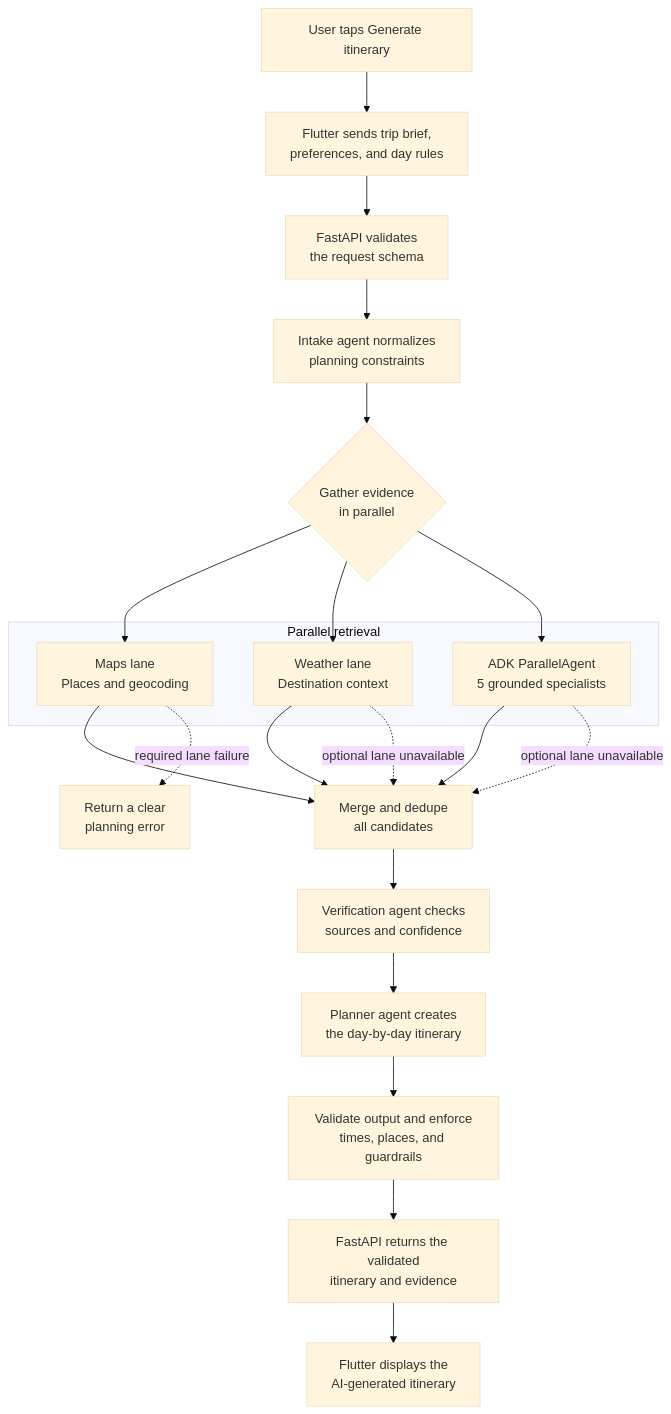
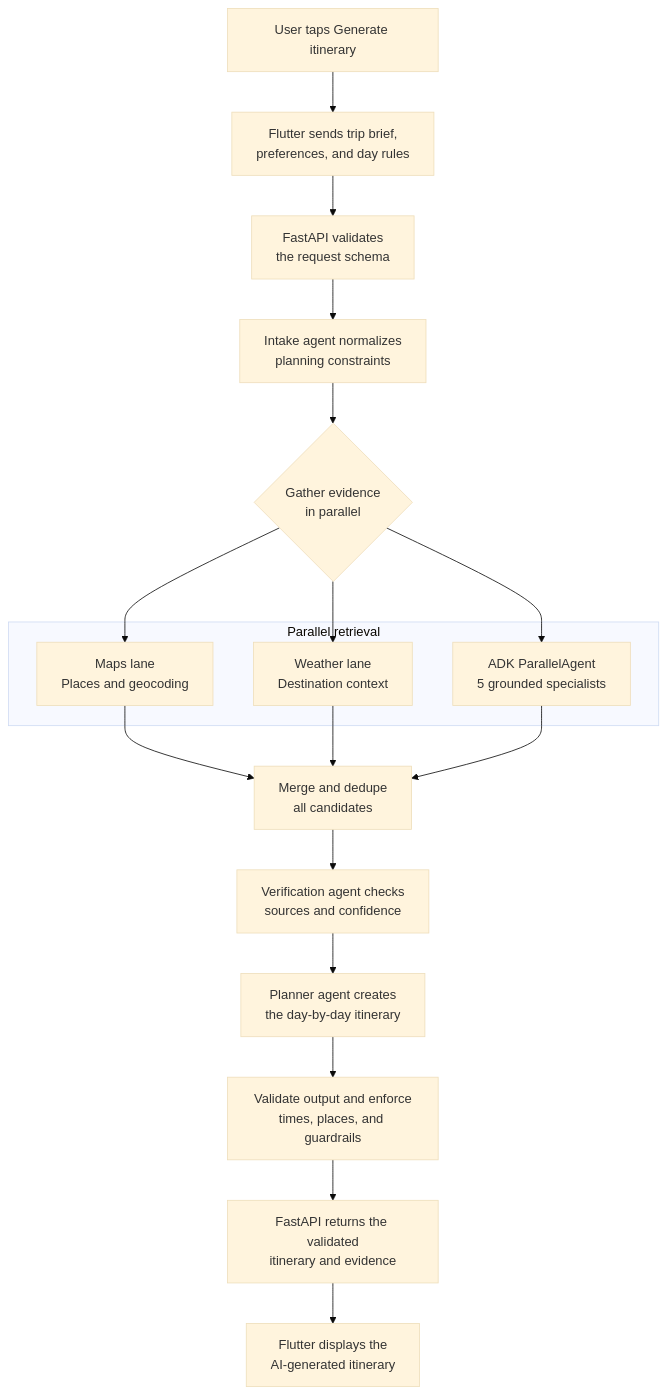
The second of 2 diagrams in README.md (Tyruxx/wanderlust-project), drawn with Mermaid (base theme) before and after one commit. The commit also changed other lines of this file, not shown here.

Commit message:
docs: simplify planning workflow diagram

````diff
--- a/README.md
+++ b/README.md
@@ -118,31 +118,27 @@
 ```mermaid
 flowchart TD
     Click["User taps Generate itinerary"] --> Submit["Flutter sends trip brief,<br/>preferences, and day rules"]
     Submit --> Validate["FastAPI validates<br/>the request schema"]
     Validate --> Intake["Intake agent normalizes<br/>planning constraints"]
     Intake --> FanOut{"Gather evidence<br/>in parallel"}
 
     subgraph Retrieval[Parallel retrieval]
         Maps["Maps lane<br/>Places and geocoding"]
         Weather["Weather lane<br/>Destination context"]
         Search["ADK ParallelAgent<br/>5 grounded specialists"]
     end
 
     FanOut --> Maps
     FanOut --> Weather
     FanOut --> Search
 
     Maps --> Merge["Merge and dedupe<br/>all candidates"]
     Weather --> Merge
     Search --> Merge
 
-    Weather -. optional lane unavailable .-> Merge
-    Search -. optional lane unavailable .-> Merge
-    Maps -. required lane failure .-> Error["Return a clear<br/>planning error"]
-
     Merge --> Verify["Verification agent checks<br/>sources and confidence"]
     Verify --> Plan["Planner agent creates<br/>the day-by-day itinerary"]
     Plan --> Guard["Validate output and enforce<br/>times, places, and guardrails"]
     Guard --> Response["FastAPI returns the validated<br/>itinerary and evidence"]
     Response --> Display["Flutter displays the<br/>AI-generated itinerary"]
 ```
````
